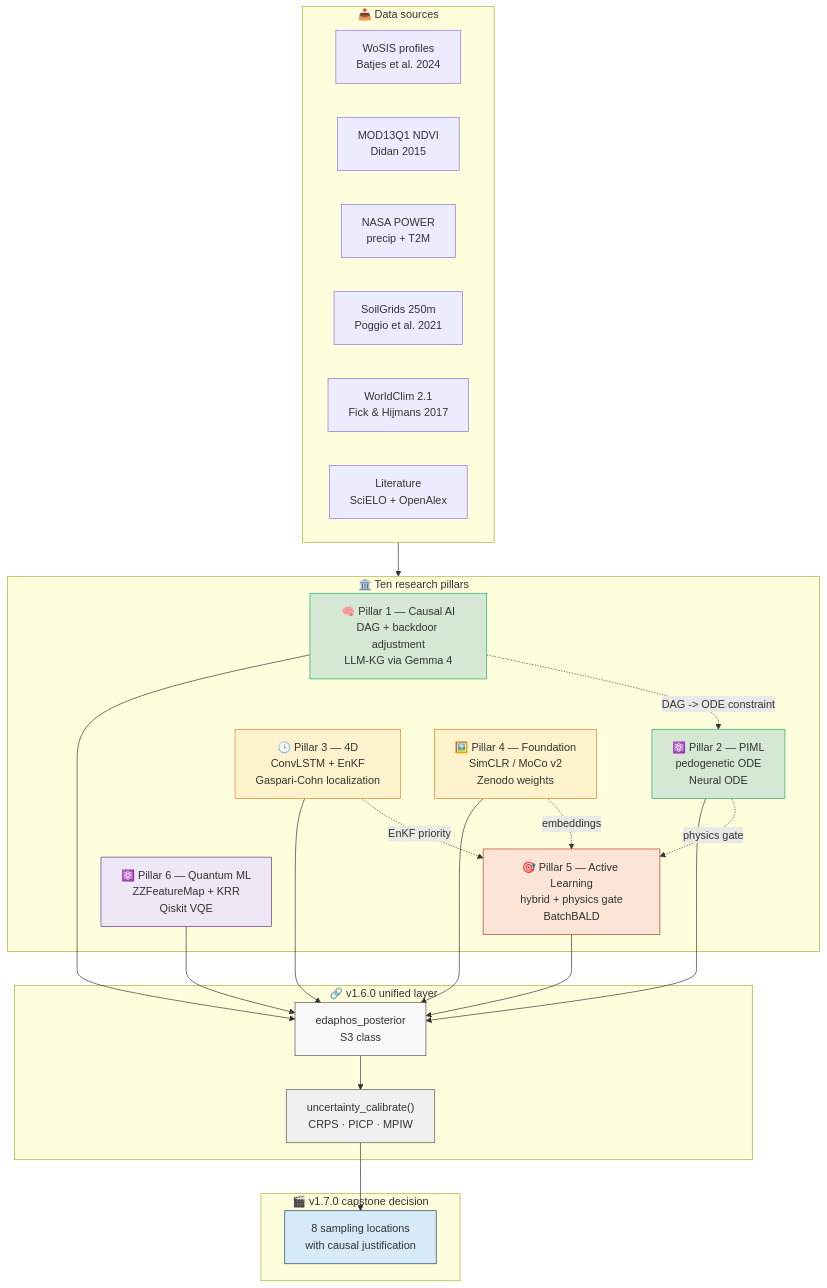
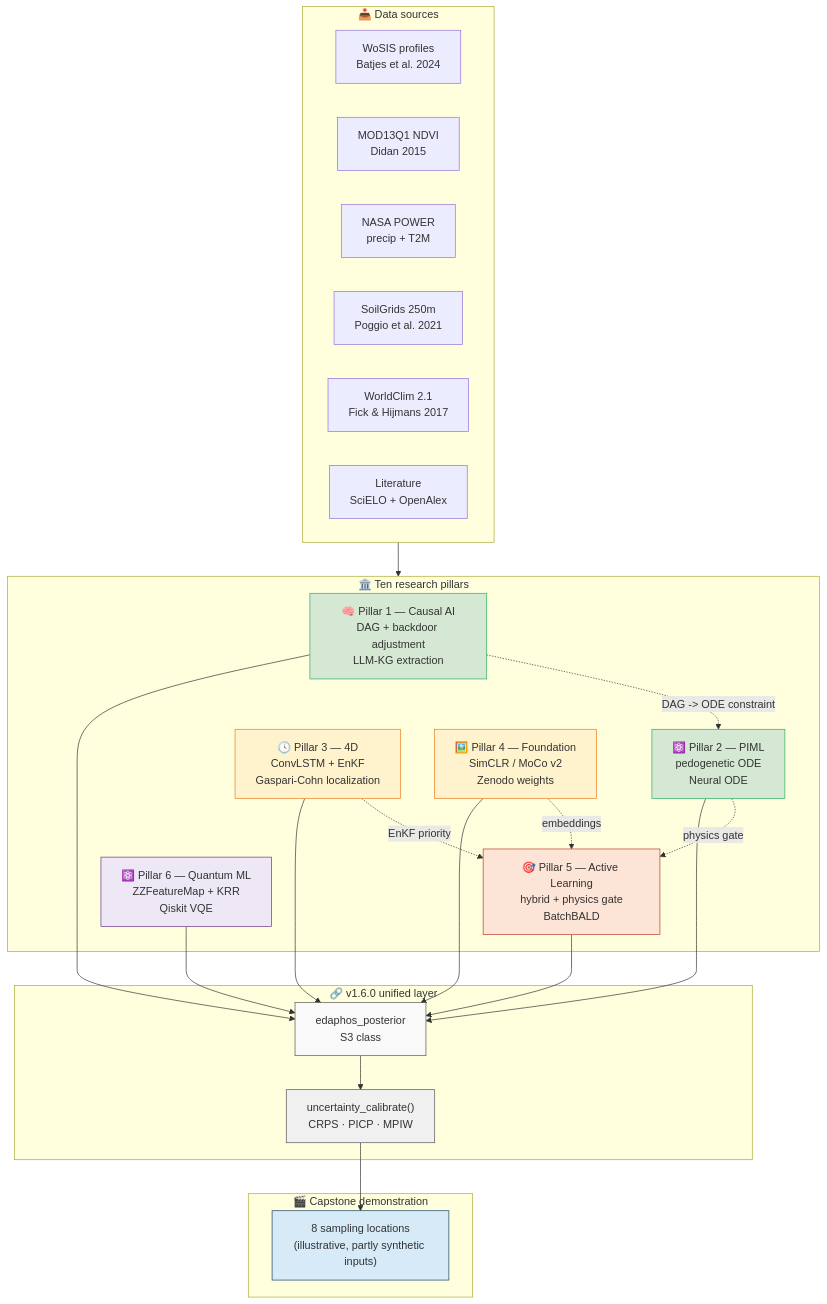
One commit to HugoMachadoRodrigues/edaphos changed the first of 3 diagrams in README.md. Above: the diagram before and after it, drawn with Mermaid. The commit also changed other lines of this file and 251 other files, not shown here.

````diff
--- a/README.md
+++ b/README.md
@@ -95,54 +95,54 @@
 ```mermaid
 flowchart TB
     subgraph DATA["📥 Data sources"]
         WoSIS[WoSIS profiles<br/>Batjes et al. 2024]
         MODIS[MOD13Q1 NDVI<br/>Didan 2015]
         POWER[NASA POWER<br/>precip + T2M]
         SOILGRIDS[SoilGrids 250m<br/>Poggio et al. 2021]
         WORLDCLIM[WorldClim 2.1<br/>Fick & Hijmans 2017]
         LIT[Literature<br/>SciELO + OpenAlex]
     end
 
     subgraph PILLARS["🏛️ Ten research pillars"]
-        P1["🧠 Pillar 1 — Causal AI<br/>DAG + backdoor adjustment<br/>LLM-KG via Gemma 4"]
+        P1["🧠 Pillar 1 — Causal AI<br/>DAG + backdoor adjustment<br/>LLM-KG extraction"]
         P2["⚛️ Pillar 2 — PIML<br/>pedogenetic ODE<br/>Neural ODE"]
         P3["🕓 Pillar 3 — 4D<br/>ConvLSTM + EnKF<br/>Gaspari-Cohn localization"]
         P4["🖼️ Pillar 4 — Foundation<br/>SimCLR / MoCo v2<br/>Zenodo weights"]
         P5["🎯 Pillar 5 — Active Learning<br/>hybrid + physics gate<br/>BatchBALD"]
         P6["⚛️ Pillar 6 — Quantum ML<br/>ZZFeatureMap + KRR<br/>Qiskit VQE"]
     end
 
     subgraph UNIFY["🔗 v1.6.0 unified layer"]
         POST["edaphos_posterior<br/>S3 class"]
         CAL["uncertainty_calibrate()<br/>CRPS · PICP · MPIW"]
     end
 
-    subgraph DECIDE["🎬 v1.7.0 capstone decision"]
-        DEC["8 sampling locations<br/>with causal justification"]
+    subgraph DECIDE["🎬 Capstone demonstration"]
+        DEC["8 sampling locations<br/>(illustrative, partly synthetic inputs)"]
     end
 
     DATA --> PILLARS
     P1 --> POST
     P2 --> POST
     P3 --> POST
     P4 --> POST
     P5 --> POST
     P6 --> POST
     POST --> CAL
     CAL --> DEC
 
     P1 -. "DAG -> ODE constraint" .-> P2
     P2 -. "physics gate" .-> P5
     P3 -. "EnKF priority" .-> P5
     P4 -. "embeddings" .-> P5
 
     style P1 fill:#D5E8D4,stroke:#27AE60
     style P2 fill:#D5E8D4,stroke:#27AE60
     style P3 fill:#FFF3CD,stroke:#E67E22
     style P4 fill:#FFF3CD,stroke:#E67E22
     style P5 fill:#FCE4D6,stroke:#C0392B
     style P6 fill:#EDE7F6,stroke:#6C3483
     style POST fill:#F9F9F9,stroke:#555555
     style CAL fill:#F0F0F0,stroke:#555555
     style DEC fill:#D6EAF8,stroke:#154360
 ```
````
